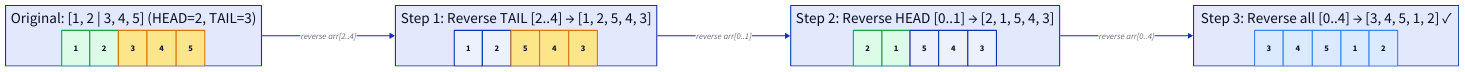
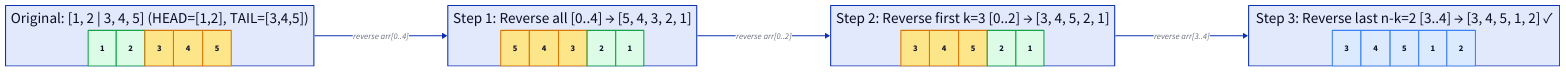
One commit to ani2fun/codefolio changed the fifth of 9 diagrams in content/cortex/data-structures-and-algorithms/02-linear-structures/01-arrays/05-pattern-two-pointers-subproblem.md. Above: the diagram before and after it, drawn with D2. The commit also changed other lines of this file and 319 other files, not shown here.

````diff
--- a/content/cortex/data-structures-and-algorithms/02-linear-structures/01-arrays/05-pattern-two-pointers-subproblem.md
+++ b/content/cortex/data-structures-and-algorithms/02-linear-structures/01-arrays/05-pattern-two-pointers-subproblem.md
@@ -749,47 +622,47 @@
 ```d2
 direction: right
 
-s0: "Original:  [1, 2 | 3, 4, 5]  (HEAD=2, TAIL=3)" {
+s0: "Original:  [1, 2 | 3, 4, 5]  (HEAD=[1,2], TAIL=[3,4,5])" {
   grid-columns: 5
   grid-gap: 0
   a0: "1" {style.fill: "#dcfce7"; style.stroke: "#16a34a"}
   a1: "2" {style.fill: "#dcfce7"; style.stroke: "#16a34a"}
   a2: "3" {style.fill: "#fde68a"; style.stroke: "#d97706"}
   a3: "4" {style.fill: "#fde68a"; style.stroke: "#d97706"}
   a4: "5" {style.fill: "#fde68a"; style.stroke: "#d97706"}
 }
 
-s1: "Step 1: Reverse TAIL [2..4]  →  [1, 2, 5, 4, 3]" {
+s1: "Step 1: Reverse all [0..4]  →  [5, 4, 3, 2, 1]" {
   grid-columns: 5
   grid-gap: 0
-  b0: "1"
-  b1: "2"
-  b2: "5" {style.fill: "#fde68a"; style.stroke: "#d97706"}
-  b3: "4" {style.fill: "#fde68a"; style.stroke: "#d97706"}
-  b4: "3" {style.fill: "#fde68a"; style.stroke: "#d97706"}
+  b0: "5" {style.fill: "#fde68a"; style.stroke: "#d97706"}
+  b1: "4" {style.fill: "#fde68a"; style.stroke: "#d97706"}
+  b2: "3" {style.fill: "#fde68a"; style.stroke: "#d97706"}
+  b3: "2" {style.fill: "#dcfce7"; style.stroke: "#16a34a"}
+  b4: "1" {style.fill: "#dcfce7"; style.stroke: "#16a34a"}
 }
 
-s2: "Step 2: Reverse HEAD [0..1]  →  [2, 1, 5, 4, 3]" {
+s2: "Step 2: Reverse first k=3 [0..2]  →  [3, 4, 5, 2, 1]" {
   grid-columns: 5
   grid-gap: 0
-  c0: "2" {style.fill: "#dcfce7"; style.stroke: "#16a34a"}
-  c1: "1" {style.fill: "#dcfce7"; style.stroke: "#16a34a"}
-  c2: "5"
-  c3: "4"
-  c4: "3"
+  c0: "3" {style.fill: "#fde68a"; style.stroke: "#d97706"}
+  c1: "4" {style.fill: "#fde68a"; style.stroke: "#d97706"}
+  c2: "5" {style.fill: "#fde68a"; style.stroke: "#d97706"}
+  c3: "2" {style.fill: "#dcfce7"; style.stroke: "#16a34a"}
+  c4: "1" {style.fill: "#dcfce7"; style.stroke: "#16a34a"}
 }
 
-s3: "Step 3: Reverse all [0..4]  →  [3, 4, 5, 1, 2]  ✓" {
+s3: "Step 3: Reverse last n-k=2 [3..4]  →  [3, 4, 5, 1, 2]  ✓" {
   grid-columns: 5
   grid-gap: 0
   d0: "3" {style.fill: "#dbeafe"; style.stroke: "#3b82f6"}
   d1: "4" {style.fill: "#dbeafe"; style.stroke: "#3b82f6"}
   d2: "5" {style.fill: "#dbeafe"; style.stroke: "#3b82f6"}
   d3: "1" {style.fill: "#dbeafe"; style.stroke: "#3b82f6"}
   d4: "2" {style.fill: "#dbeafe"; style.stroke: "#3b82f6"}
 }
 
-s0 -> s1: "reverse arr[2..4]"
-s1 -> s2: "reverse arr[0..1]"
-s2 -> s3: "reverse arr[0..4]"
+s0 -> s1: "reverse arr[0..4]"
+s1 -> s2: "reverse arr[0..2]"
+s2 -> s3: "reverse arr[3..4]"
 ```
````
